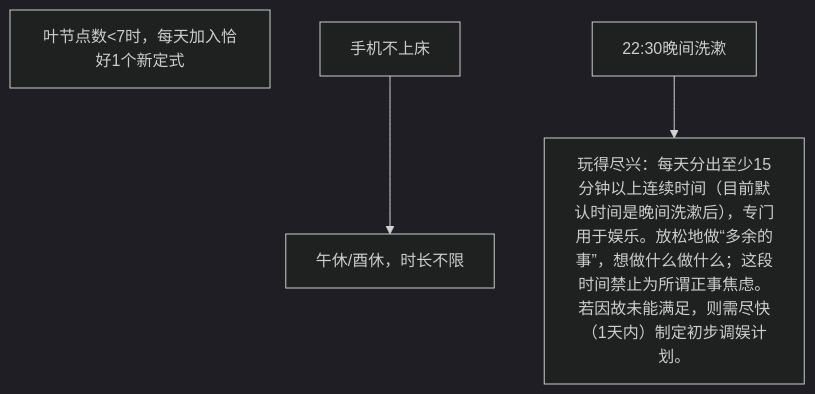
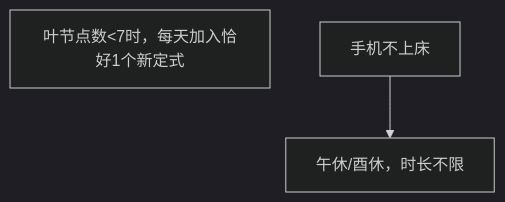
One commit to Ethkuil/RSIP-tree changed the diagram in README.md. Above: the diagram before and after it, drawn with Mermaid (dark theme).

Commit message:
remove #3: 22:30晚间洗漱
qwq拖到了23:50，算违背了吧。明天再加回来。

````diff
--- a/README.md
+++ b/README.md
@@ -7,9 +7,7 @@
 ```mermaid
 graph TD
 
 0[叶节点数<7时，每天加入恰好1个新定式]
 1[手机不上床]
 1 --> 2[午休/酉休，时长不限]
-3[22:30晚间洗漱]
-3 --> 4[玩得尽兴：每天分出至少15分钟以上连续时间（目前默认时间是晚间洗漱后），专门用于娱乐。放松地做“多余的事”，想做什么做什么；这段时间禁止为所谓正事焦虑。若因故未能满足，则需尽快（1天内）制定初步调娱计划。]
 ```
````
